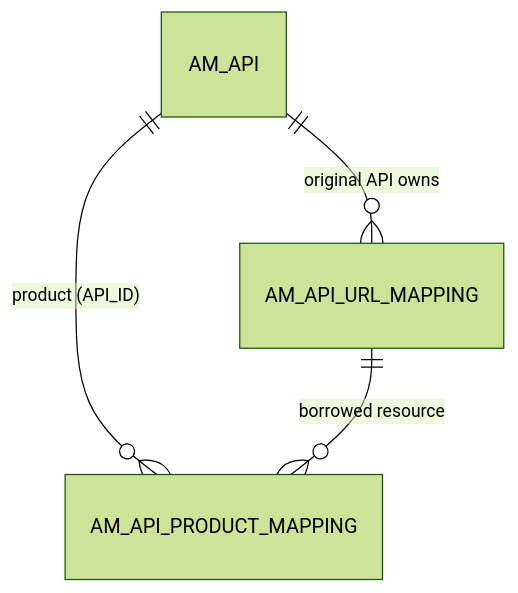
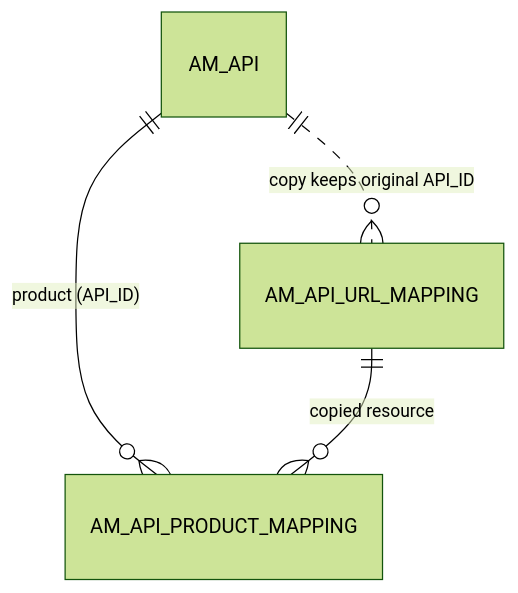
Before and after one commit to SaviNimz/apim-db-docs: the diagram in docs/apim-4/domains/api-products.md, drawn with Mermaid (forest theme). The commit also changed other lines of this file and 55 other files, not shown here.

First line of the commit message:
Verify all core flows against running 3.2.0 and 4.7.0 servers

````diff
--- a/docs/apim-4/domains/api-products.md
+++ b/docs/apim-4/domains/api-products.md
@@ -19,6 +22,6 @@
 ```mermaid
 erDiagram
     AM_API ||--o{ AM_API_PRODUCT_MAPPING : "product (API_ID)"
-    AM_API_URL_MAPPING ||--o{ AM_API_PRODUCT_MAPPING : "borrowed resource"
-    AM_API ||--o{ AM_API_URL_MAPPING : "original API owns"
+    AM_API_URL_MAPPING ||--o{ AM_API_PRODUCT_MAPPING : "copied resource"
+    AM_API ||..o{ AM_API_URL_MAPPING : "copy keeps original API_ID"
 ```
````
